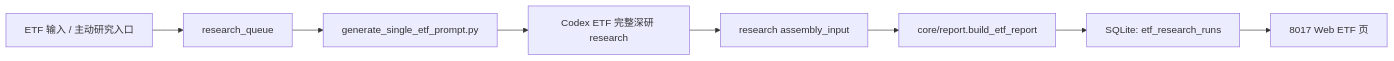
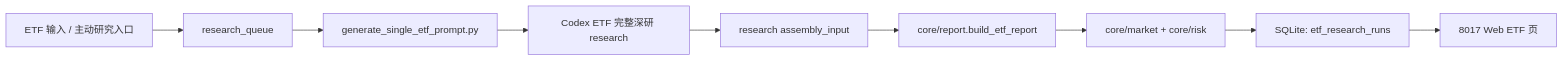
One commit to imherro/MyInvestETF changed the diagram in docs/ARCHITECTURE.md. Above: the diagram before and after it, drawn with Mermaid. The commit also changed other lines of this file and 18 other files, not shown here.

Commit message:
Add ETF market context engine

````diff
--- a/docs/ARCHITECTURE.md
+++ b/docs/ARCHITECTURE.md
@@ -18,10 +19,11 @@
 ```mermaid
 flowchart LR
   A["ETF 输入 / 主动研究入口"] --> B["research_queue"]
   B --> C["generate_single_etf_prompt.py"]
   C --> D["Codex ETF 完整深研 research"]
   D --> E["research assembly_input"]
   E --> F["core/report.build_etf_report"]
-  F --> G["SQLite: etf_research_runs"]
+  F --> M["core/market + core/risk"]
+  M --> G["SQLite: etf_research_runs"]
   G --> H["8017 Web ETF 页"]
 ```
````
